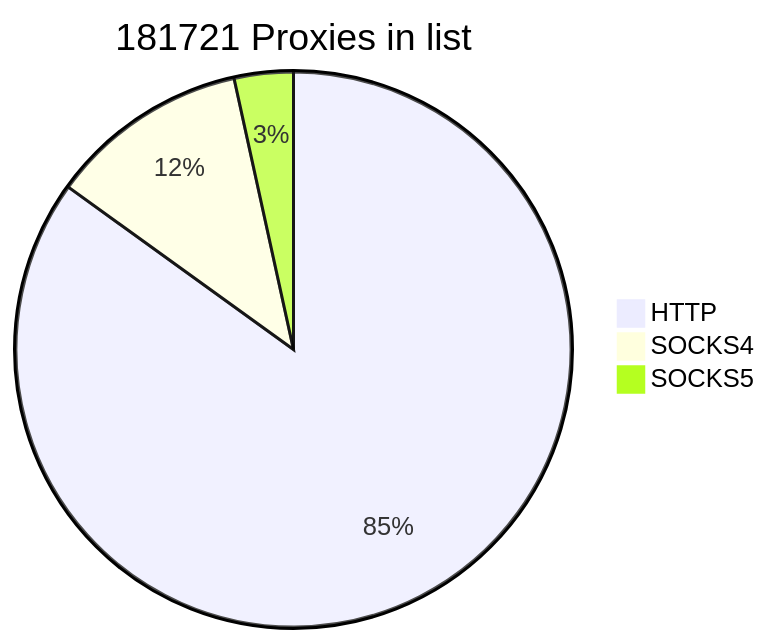
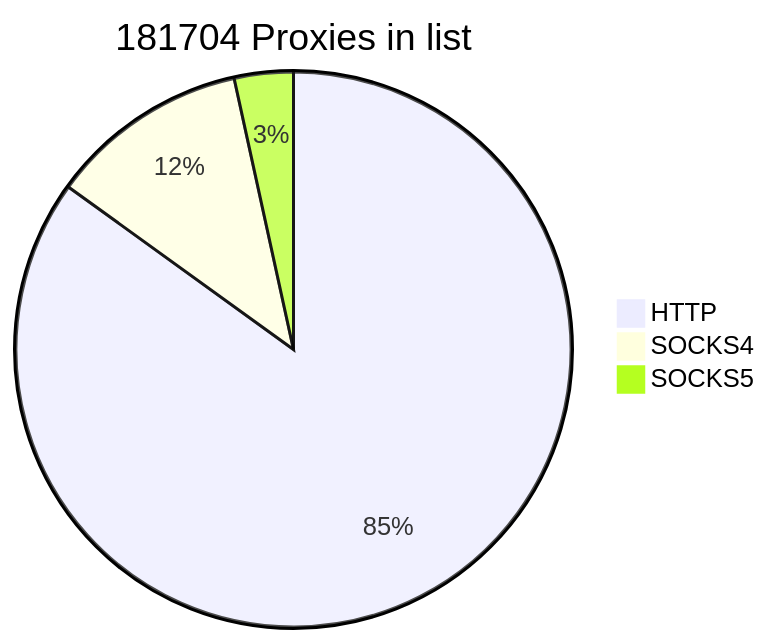
Before and after one commit to cutipu/proxylist: the first of 2 diagrams in README.md, drawn with Mermaid. The commit also changed other lines of this file, not shown here.

````diff
--- a/README.md
+++ b/README.md
@@ -2,7 +2,7 @@
 ```mermaid
-pie title 181721 Proxies in list
-    "HTTP" : 154367
-    "SOCKS4" : 21110
-    "SOCKS5" : 6244
+pie title 181704 Proxies in list
+    "HTTP" : 154364
+    "SOCKS4" : 21104
+    "SOCKS5" : 6236
             
 ```
````
